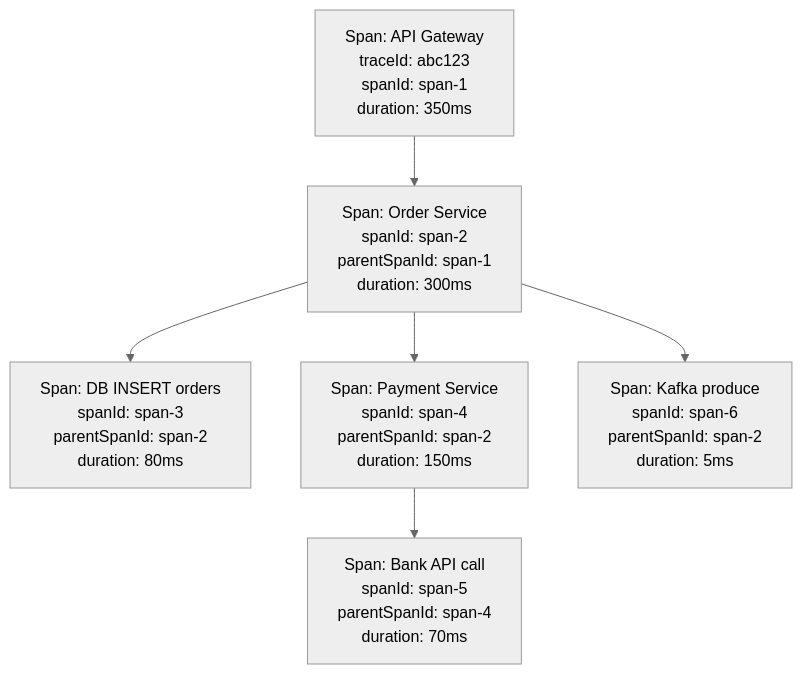
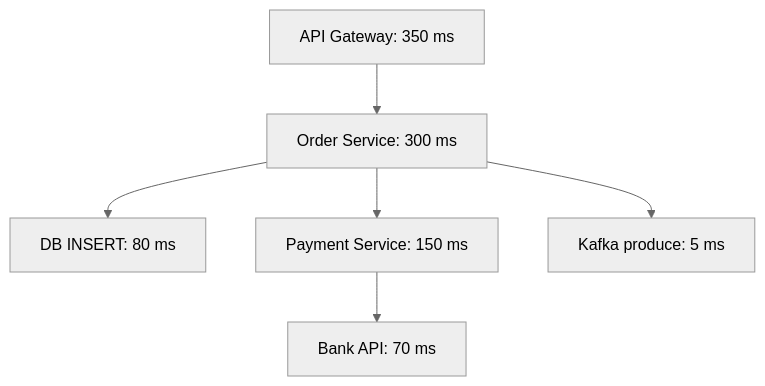
Before and after one commit to akeverus/cheat-sheet: the fifth of 12 diagrams in cheatsheets/interview/monitoring/metrics-tracing-interview.md, drawn with Mermaid (neutral theme). The commit also changed other lines of this file and 1 other file, not shown here.

Commit message:
Clarify trace context histogram and JVM metrics theory

````diff
--- a/cheatsheets/interview/monitoring/metrics-tracing-interview.md
+++ b/cheatsheets/interview/monitoring/metrics-tracing-interview.md
@@ -365,9 +365,8 @@
 ```mermaid
 graph TD
-    ROOT["Span: API Gateway<br/>traceId: abc123<br/>spanId: span-1<br/>duration: 350ms"]
-    ROOT --> S2["Span: Order Service<br/>spanId: span-2<br/>parentSpanId: span-1<br/>duration: 300ms"]
-    S2 --> S3["Span: DB INSERT orders<br/>spanId: span-3<br/>parentSpanId: span-2<br/>duration: 80ms"]
-    S2 --> S4["Span: Payment Service<br/>spanId: span-4<br/>parentSpanId: span-2<br/>duration: 150ms"]
-    S4 --> S5["Span: Bank API call<br/>spanId: span-5<br/>parentSpanId: span-4<br/>duration: 70ms"]
-    S2 --> S6["Span: Kafka produce<br/>spanId: span-6<br/>parentSpanId: span-2<br/>duration: 5ms"]
+    ROOT["API Gateway: 350 ms"] --> ORDER["Order Service: 300 ms"]
+    ORDER --> DB["DB INSERT: 80 ms"]
+    ORDER --> PAYMENT["Payment Service: 150 ms"]
+    PAYMENT --> BANK["Bank API: 70 ms"]
+    ORDER --> KAFKA["Kafka produce: 5 ms"]
 ```
````
